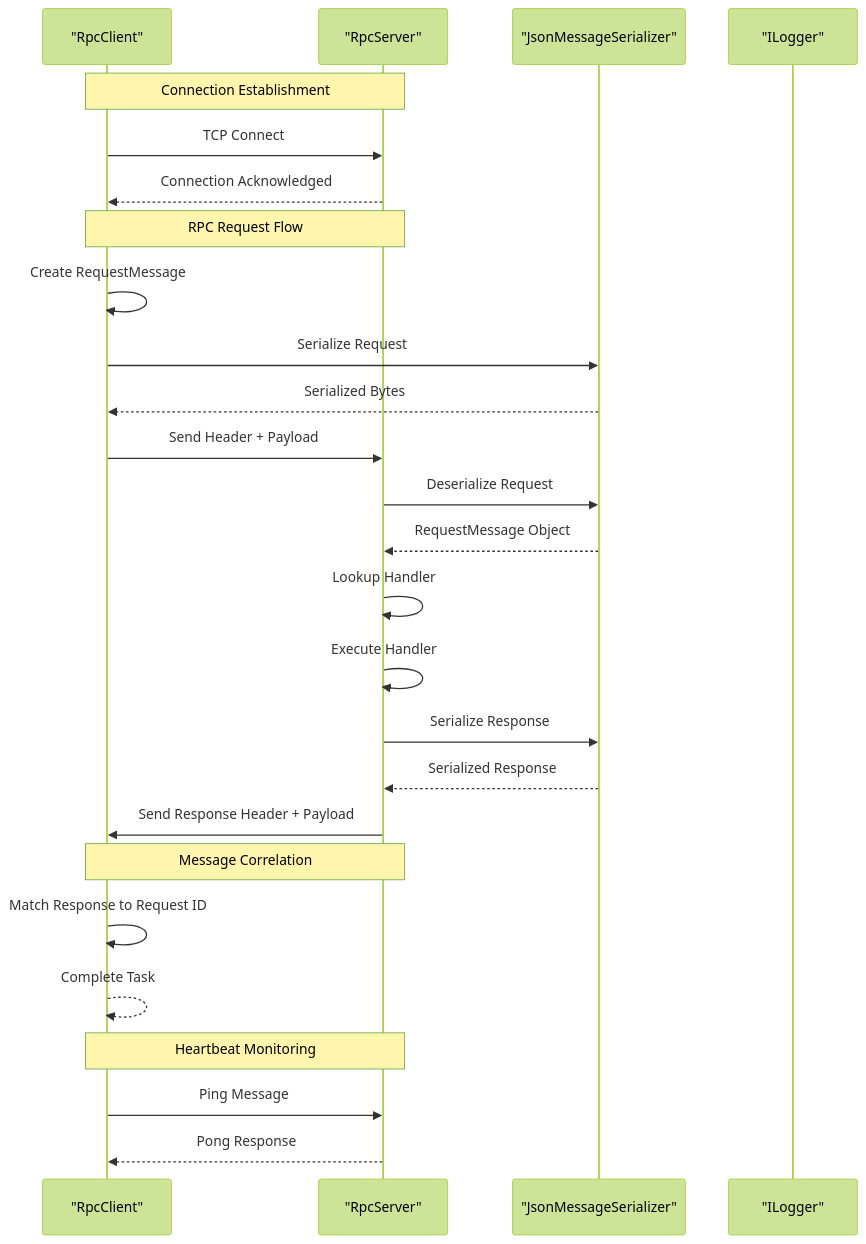
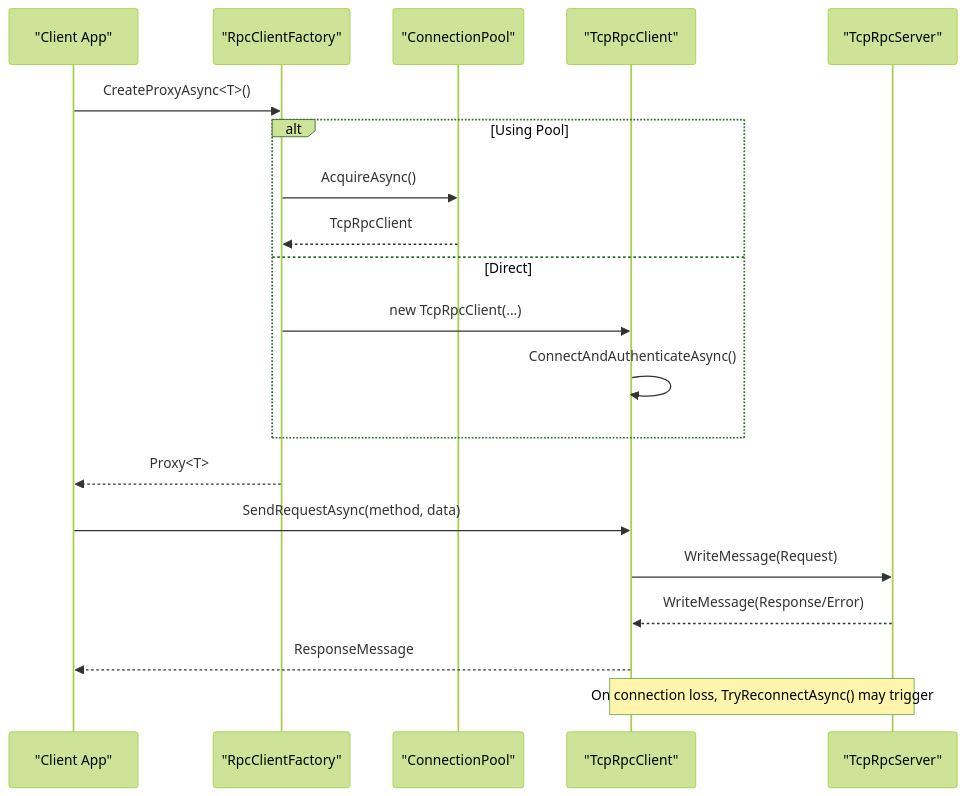
Before and after one commit to Seamas/TcpRpc.Net: the third of 7 diagrams in .qoder/repowiki/en/content/Project Overview.md, drawn with Mermaid (forest theme). The commit also changed other lines of this file and 69 other files, not shown here.

````diff
--- a/.qoder/repowiki/en/content/Project Overview.md
+++ b/.qoder/repowiki/en/content/Project Overview.md
@@ -171,28 +139,22 @@
 ```mermaid
 sequenceDiagram
-participant Client as "RpcClient"
-participant Server as "RpcServer"
-participant Serializer as "JsonMessageSerializer"
-participant Logger as "ILogger"
-Note over Client,Server : Connection Establishment
-Client->>Server : TCP Connect
-Server-->>Client : Connection Acknowledged
-Note over Client,Server : RPC Request Flow
-Client->>Client : Create RequestMessage
-Client->>Serializer : Serialize Request
-Serializer-->>Client : Serialized Bytes
-Client->>Server : Send Header + Payload
-Server->>Serializer : Deserialize Request
-Serializer-->>Server : RequestMessage Object
-Server->>Server : Lookup Handler
-Server->>Server : Execute Handler
-Server->>Serializer : Serialize Response
-Serializer-->>Server : Serialized Response
-Server->>Client : Send Response Header + Payload
-Note over Client,Server : Message Correlation
-Client->>Client : Match Response to Request ID
-Client-->>Client : Complete Task
-Note over Client,Server : Heartbeat Monitoring
-Client->>Server : Ping Message
-Server-->>Client : Pong Response
+participant App as "Client App"
+participant Factory as "RpcClientFactory"
+participant Pool as "ConnectionPool"
+participant Client as "TcpRpcClient"
+participant Server as "TcpRpcServer"
+App->>Factory : CreateProxyAsync<T>()
+alt Using Pool
+Factory->>Pool : AcquireAsync()
+Pool-->>Factory : TcpRpcClient
+else Direct
+Factory->>Client : new TcpRpcClient(...)
+Client->>Client : ConnectAndAuthenticateAsync()
+end
+Factory-->>App : Proxy<T>
+App->>Client : SendRequestAsync(method, data)
+Client->>Server : WriteMessage(Request)
+Server-->>Client : WriteMessage(Response/Error)
+Client-->>App : ResponseMessage
+Note over Client,Server : On connection loss, TryReconnectAsync() may trigger
 ```
````
